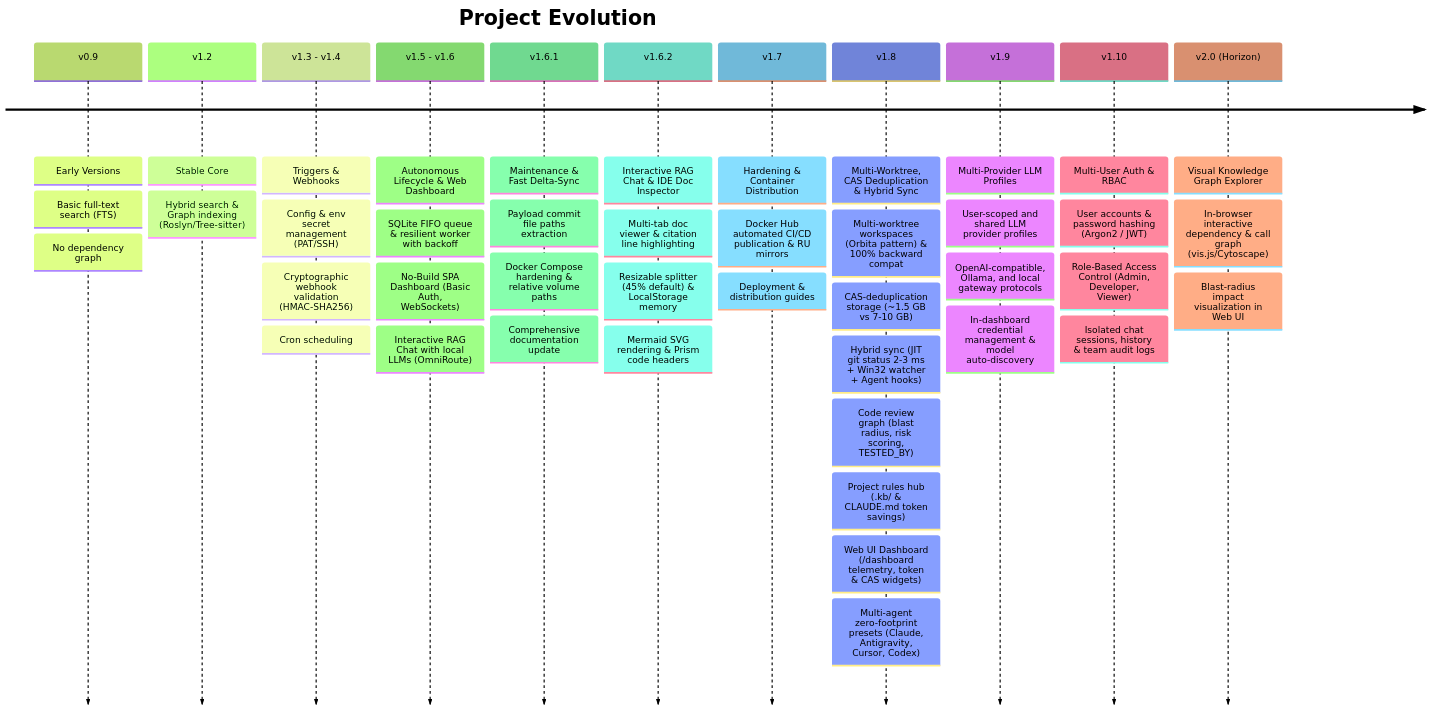
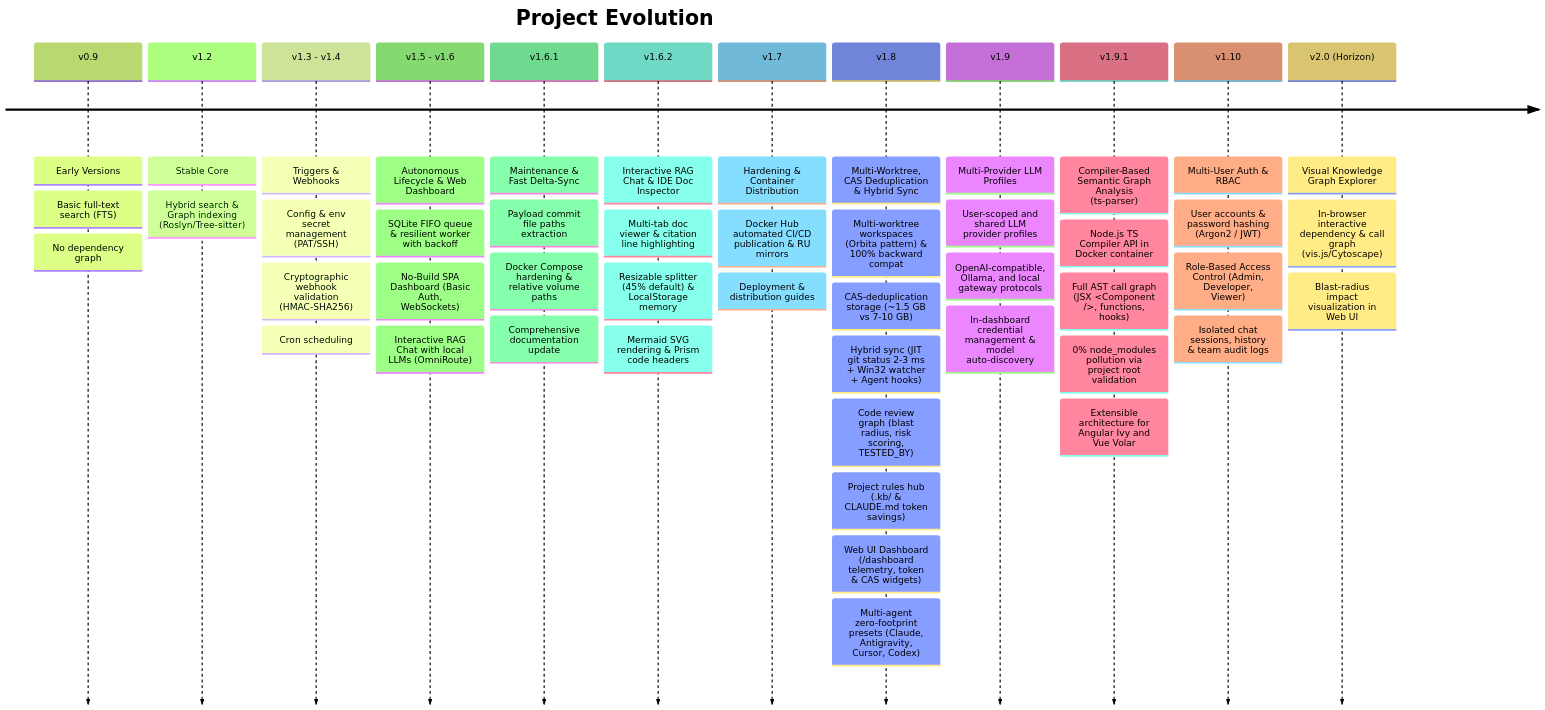
Before and after one commit to PaulTheSecond/knowledgebase-mcp: the diagram in docs/roadmap_autonomous_sync.md, drawn with Mermaid (forest theme). The commit also changed other lines of this file and 3 other files, not shown here.

Commit message:
feat(review): enhance impact analysis, eliminate cross-language test noise, and add ts-parser roadmap (ADR-009)

````diff
--- a/docs/roadmap_autonomous_sync.md
+++ b/docs/roadmap_autonomous_sync.md
@@ -11,47 +11,52 @@
 ```mermaid
 timeline
     title Project Evolution
     v0.9 : Early Versions
          : Basic full-text search (FTS)
          : No dependency graph
     v1.2 : Stable Core
          : Hybrid search & Graph indexing (Roslyn/Tree-sitter)
     v1.3 - v1.4 : Triggers & Webhooks
          : Config & env secret management (PAT/SSH)
          : Cryptographic webhook validation (HMAC-SHA256)
          : Cron scheduling
     v1.5 - v1.6 : Autonomous Lifecycle & Web Dashboard
          : SQLite FIFO queue & resilient worker with backoff
          : No-Build SPA Dashboard (Basic Auth, WebSockets)
          : Interactive RAG Chat with local LLMs (OmniRoute)
     v1.6.1 : Maintenance & Fast Delta-Sync
          : Payload commit file paths extraction
          : Docker Compose hardening & relative volume paths
          : Comprehensive documentation update
     v1.6.2 : Interactive RAG Chat & IDE Doc Inspector
          : Multi-tab doc viewer & citation line highlighting
          : Resizable splitter (45% default) & LocalStorage memory
          : Mermaid SVG rendering & Prism code headers
     v1.7 : Hardening & Container Distribution
          : Docker Hub automated CI/CD publication & RU mirrors
          : Deployment & distribution guides
     v1.8 : Multi-Worktree, CAS Deduplication & Hybrid Sync
          : Multi-worktree workspaces (Orbita pattern) & 100% backward compat
          : CAS-deduplication storage (~1.5 GB vs 7-10 GB)
          : Hybrid sync (JIT git status 2-3 ms + Win32 watcher + Agent hooks)
          : Code review graph (blast radius, risk scoring, TESTED_BY)
          : Project rules hub (.kb/ & CLAUDE.md token savings)
          : Web UI Dashboard (/dashboard telemetry, token & CAS widgets)
          : Multi-agent zero-footprint presets (Claude, Antigravity, Cursor, Codex)
     v1.9 : Multi-Provider LLM Profiles
          : User-scoped and shared LLM provider profiles
          : OpenAI-compatible, Ollama, and local gateway protocols
          : In-dashboard credential management & model auto-discovery
+    v1.9.1 : Compiler-Based Semantic Graph Analysis (ts-parser)
+         : Node.js TS Compiler API in Docker container
+         : Full AST call graph (JSX <Component />, functions, hooks)
+         : 0% node_modules pollution via project root validation
+         : Extensible architecture for Angular Ivy and Vue Volar
     v1.10 : Multi-User Auth & RBAC
          : User accounts & password hashing (Argon2 / JWT)
          : Role-Based Access Control (Admin, Developer, Viewer)
          : Isolated chat sessions, history & team audit logs
     v2.0 (Horizon) : Visual Knowledge Graph Explorer
          : In-browser interactive dependency & call graph (vis.js/Cytoscape)
          : Blast-radius impact visualization in Web UI
 ```
````
